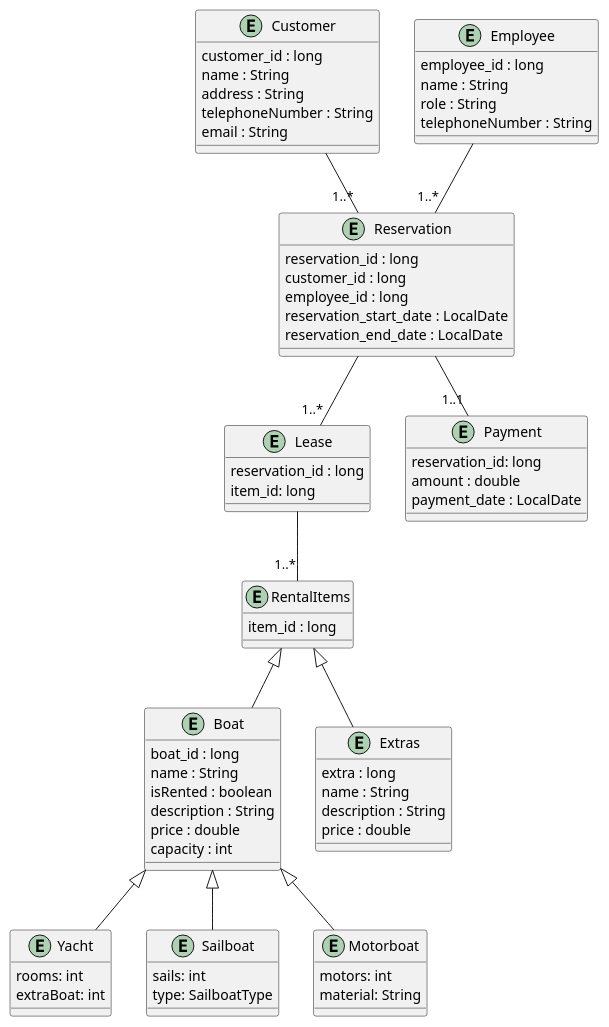
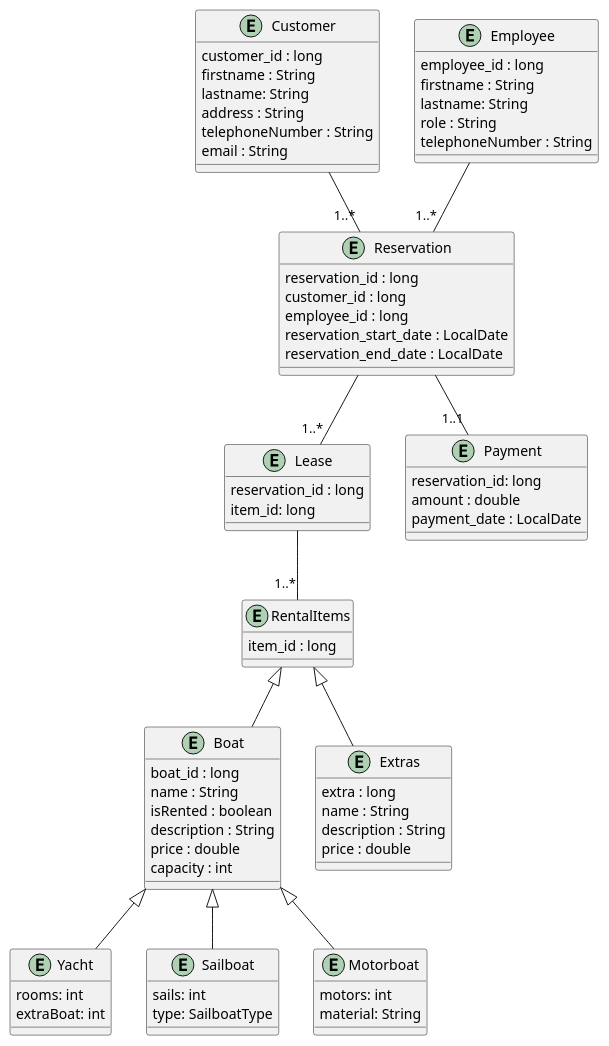
One commit to 2425-4bhitm-insy/jpa-project-v2-boat-rental changed the diagram in boat-rental/puml/boat-rental.puml. Above: the diagram before and after it, drawn with PlantUML. The commit also changed 2 other files, not shown here.

Commit message:
fix: make name-attribute atomic

```diff
--- a/boat-rental/puml/boat-rental.puml
+++ b/boat-rental/puml/boat-rental.puml
@@ -1,91 +1,93 @@
 @startuml
 entity Boat {
     boat_id : long
     name : String
     isRented : boolean
     description : String
     price : double
     capacity : int
 }
 
 entity Customer {
     customer_id : long
-    name : String
+    firstname : String
+    lastname: String
     address : String
     telephoneNumber : String
     email : String
 }
 
 entity RentalItems {
   item_id : long
 }
 
 entity Lease {
     reservation_id : long
     item_id: long
 }
 
 entity Payment {
     reservation_id: long
     amount : double
     payment_date : LocalDate
 }
 
 entity Employee {
     employee_id : long
-    name : String
+    firstname : String
+    lastname: String
     role : String
     telephoneNumber : String
 }
 
 entity Reservation {
     reservation_id : long
     customer_id : long
     employee_id : long
     reservation_start_date : LocalDate
     reservation_end_date : LocalDate
 }
 
 entity Extras {
     extra : long
     name : String
     description : String
     price : double
 }
 
 entity Yacht {
     rooms: int
     extraBoat: int
 }
 
 entity Sailboat {
     sails: int
     type: SailboatType
 }
 
 entity Motorboat {
     motors: int
     material: String
 }
 
 
 ' Beziehungen
 
 Customer -- "1..*" Reservation
 Employee -- "1..*" Reservation
 
 Reservation -- "1..*" Lease
 Reservation -- "1..1" Payment
 
 Lease -- "1..*" RentalItems
 
 RentalItems <|-- Boat
 RentalItems <|-- Extras
 
 
 Boat <|-- Motorboat
 Boat <|-- Sailboat
 Boat <|-- Yacht
 
 
 @enduml
```
